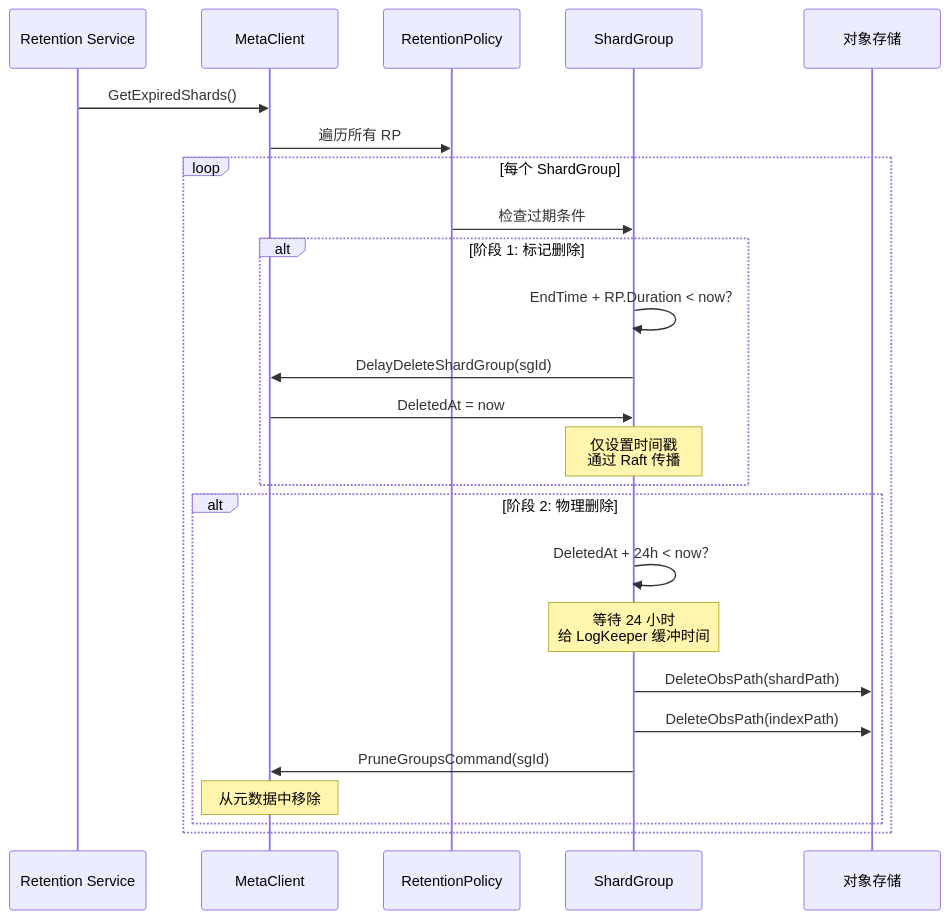
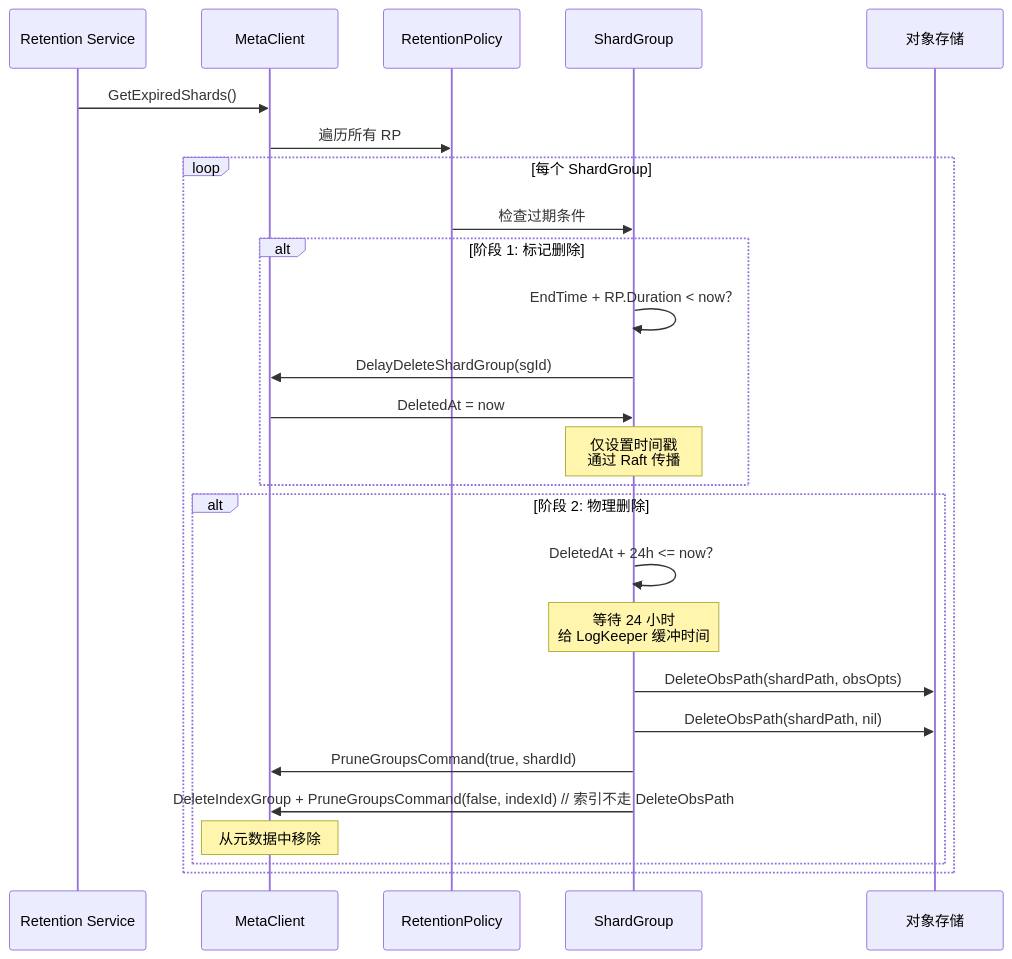
One commit to stefanv5/openGemini changed diagram 18 of 33 in docs/specs/04_background_tasks_spec.md. Above: the diagram before and after it, drawn with Mermaid. The commit also changed other lines of this file and 37 other files, not shown here.

````diff
--- a/docs/specs/04_background_tasks_spec.md
+++ b/docs/specs/04_background_tasks_spec.md
@@ -1743,32 +1748,33 @@
 ```mermaid
 sequenceDiagram
     participant Service as Retention Service
     participant Meta as MetaClient
     participant RP as RetentionPolicy
     participant SG as ShardGroup
     participant OBS as 对象存储
 
     Service->>Meta: GetExpiredShards()
     Meta->>RP: 遍历所有 RP
 
     loop 每个 ShardGroup
         RP->>SG: 检查过期条件
 
         alt 阶段 1: 标记删除
             SG->>SG: EndTime + RP.Duration < now？
             SG->>Meta: DelayDeleteShardGroup(sgId)
             Meta->>SG: DeletedAt = now
             Note over SG: 仅设置时间戳<br/>通过 Raft 传播
         end
 
         alt 阶段 2: 物理删除
-            SG->>SG: DeletedAt + 24h < now？
+            SG->>SG: DeletedAt + 24h <= now？
             Note over SG: 等待 24 小时<br/>给 LogKeeper 缓冲时间
 
-            SG->>OBS: DeleteObsPath(shardPath)
-            SG->>OBS: DeleteObsPath(indexPath)
-            SG->>Meta: PruneGroupsCommand(sgId)
+            SG->>OBS: DeleteObsPath(shardPath, obsOpts)
+            SG->>OBS: DeleteObsPath(shardPath, nil)
+            SG->>Meta: PruneGroupsCommand(true, shardId)
+            SG->>Meta: DeleteIndexGroup + PruneGroupsCommand(false, indexId)  // 索引不走 DeleteObsPath
             Note over Meta: 从元数据中移除
         end
     end
 ```
````
